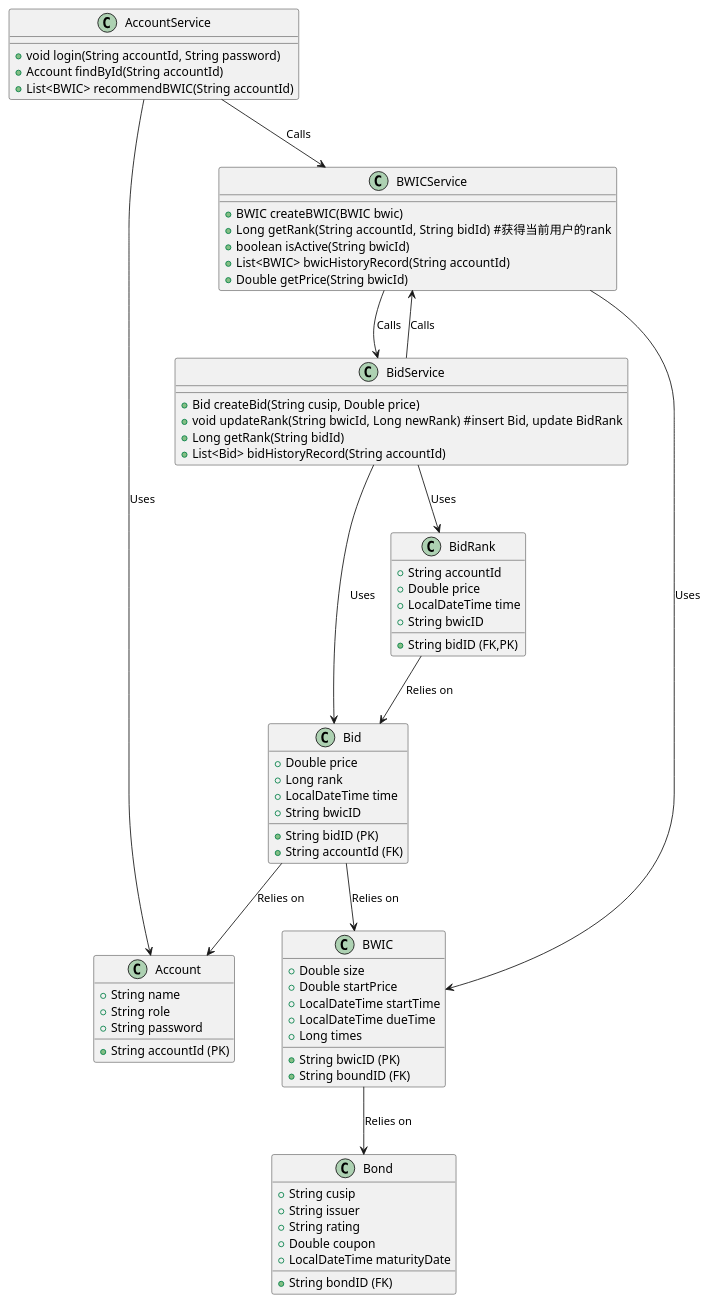
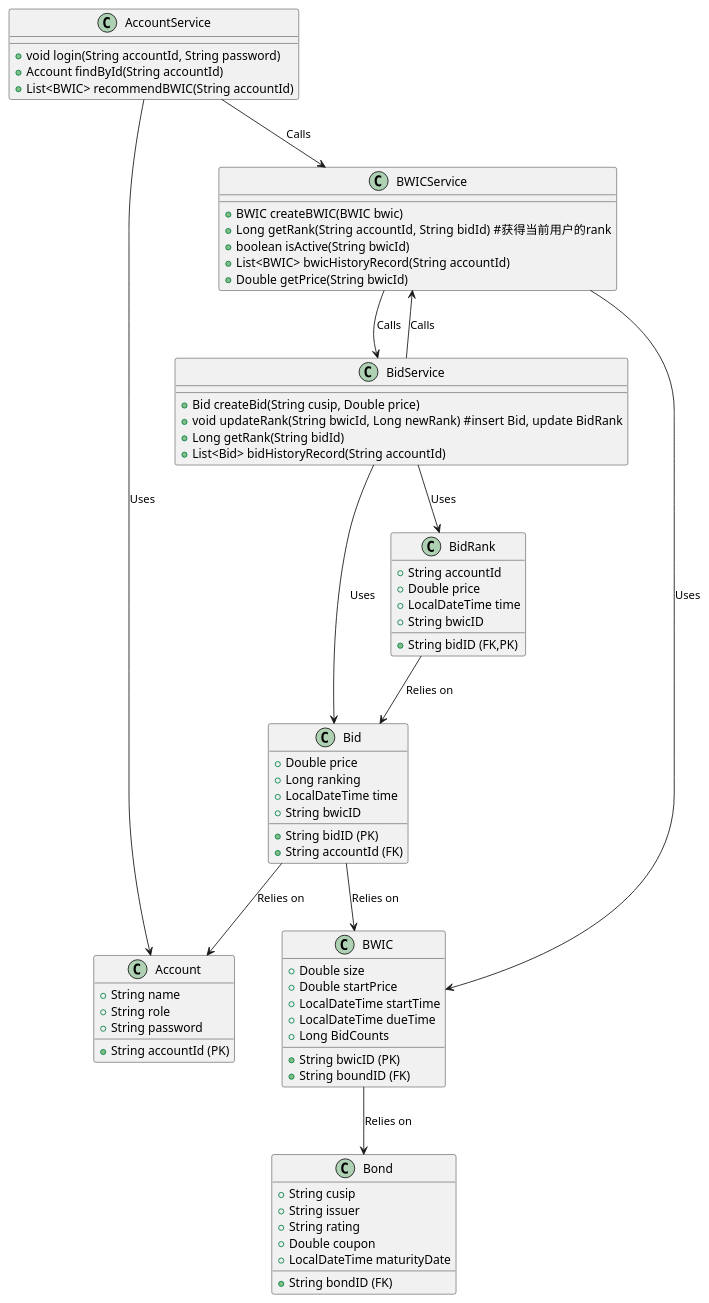
One commit to Zzz212zzZ/ebidding changed the diagram in diagram.wsd. Above: the diagram before and after it, drawn with PlantUML. The commit also changed 7 other files, not shown here.

```diff
--- a/diagram.wsd
+++ b/diagram.wsd
@@ -1,79 +1,79 @@
 @startuml
 
 Class Account {
   +String accountId (PK)
   +String name
   +String role
   +String password
 }
 
 Class Bid {
   +String bidID (PK)
   +String accountId (FK)
   +Double price
-  +Long rank
+  +Long ranking
   +LocalDateTime time
   +String bwicID
 }
 
 class BidRank {
   +String bidID (FK,PK)
   +String accountId
   +Double price
   +LocalDateTime time
   +String bwicID
 }
 
 Class BWIC {
   +String bwicID (PK)
   +String boundID (FK)
   +Double size
   +Double startPrice
   +LocalDateTime startTime
   +LocalDateTime dueTime
-  +Long times
+  +Long BidCounts
 }
 
 Class Bond {
   +String bondID (FK)
   +String cusip 
   +String issuer
   +String rating
   +Double coupon
   +LocalDateTime maturityDate
 }
 
 Class AccountService {
   +void login(String accountId, String password)
   +Account findById(String accountId)
   +List<BWIC> recommendBWIC(String accountId)
 }
 
 Class BidService {
   +Bid createBid(String cusip, Double price)
   +void updateRank(String bwicId, Long newRank)  #insert Bid, update BidRank
   +Long getRank(String bidId)
   +List<Bid> bidHistoryRecord(String accountId)
 }
 
 Class BWICService {
   +BWIC createBWIC(BWIC bwic)
   +Long getRank(String accountId, String bidId)  #获得当前用户的rank
   +boolean isActive(String bwicId)
   +List<BWIC> bwicHistoryRecord(String accountId)
   +Double getPrice(String bwicId)
 }
 
 AccountService --> Account : Uses
 BidService --> Bid : Uses
 BidService --> BidRank : Uses
 BWICService --> BWIC : Uses
 BidService --> BWICService : Calls
 BWICService --> BidService : Calls
 Bid --> BWIC : Relies on
 Bid --> Account : Relies on
 BidRank --> Bid : Relies on
 BWIC --> Bond : Relies on
 AccountService --> BWICService : Calls
 
 @enduml
```
